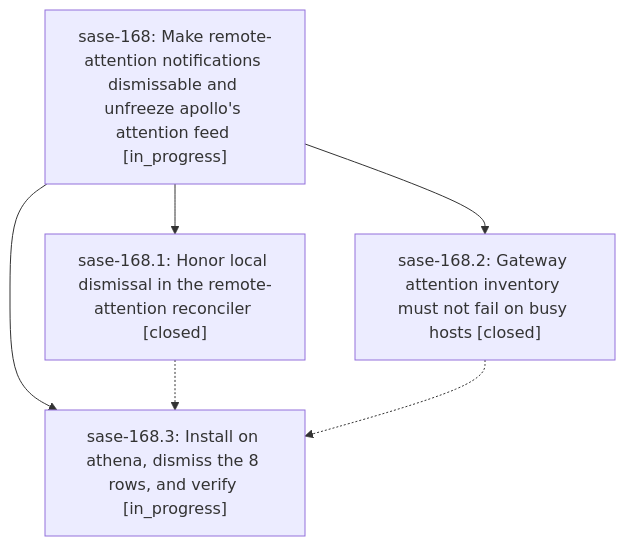
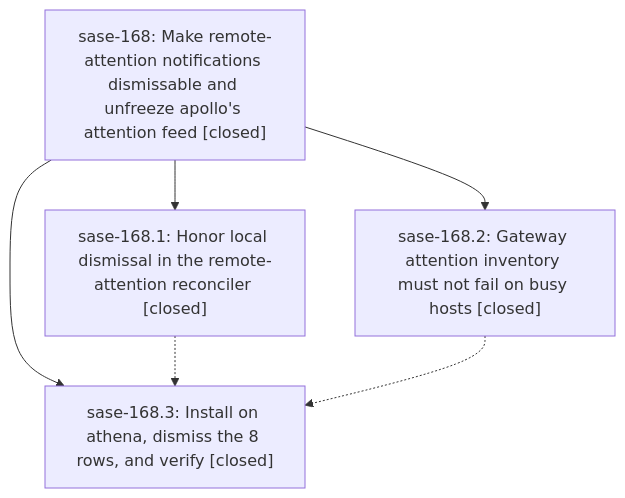
Before and after one commit to sase-org/sase--beads: the diagram in pages/sase-168/README.md, drawn with Mermaid. The commit also changed other lines of this file and 3 other files, not shown here.

````diff
--- a/pages/sase-168/README.md
+++ b/pages/sase-168/README.md
@@ -24,12 +28,12 @@
 ```mermaid
 flowchart TD
-    n0["sase-168: Make remote-attention notifications dismissable and unfreeze apollo's attention feed [in_progress]"]
+    n0["sase-168: Make remote-attention notifications dismissable and unfreeze apollo's attention feed [closed]"]
     n1["sase-168.1: Honor local dismissal in the remote-attention reconciler [closed]"]
     n2["sase-168.2: Gateway attention inventory must not fail on busy hosts [closed]"]
-    n3["sase-168.3: Install on athena, dismiss the 8 rows, and verify [in_progress]"]
+    n3["sase-168.3: Install on athena, dismiss the 8 rows, and verify [closed]"]
     n0 --> n1
     n0 --> n2
     n0 --> n3
     n1 -.-> n3
     n2 -.-> n3
 ```
````
